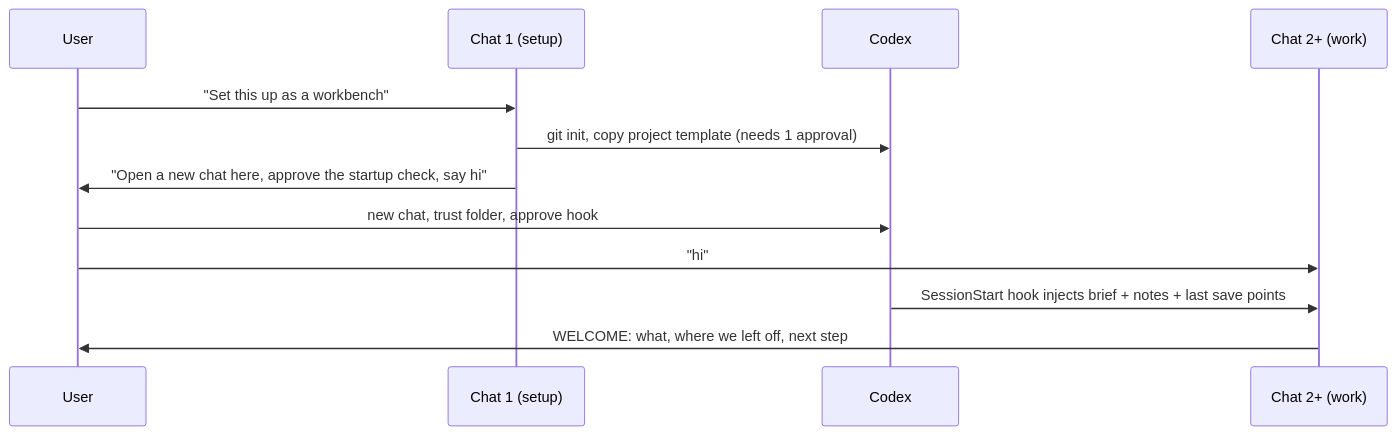
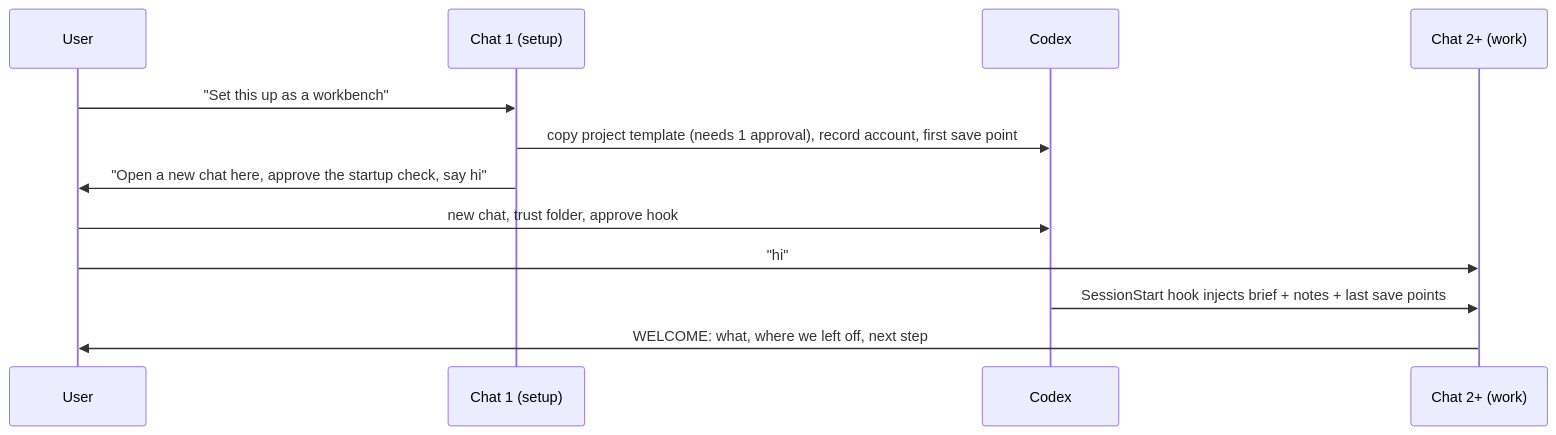
The diagram in research/07-codex-host.md (ahrzb/workbench), drawn with Mermaid before and after one commit. The commit also changed other lines of this file and 23 other files, not shown here.

Commit message:
Workbench: final review fixes (explicit-list save points, identity-bound account gate incl. keyring path, stable tool data id), notes synced, README status

````diff
--- a/research/07-codex-host.md
+++ b/research/07-codex-host.md
@@ -14,14 +14,14 @@
 ```mermaid
 sequenceDiagram
   participant User
   participant Setup as Chat 1 (setup)
   participant Codex
   participant Work as Chat 2+ (work)
   User->>Setup: "Set this up as a workbench"
-  Setup->>Codex: git init, copy project template (needs 1 approval)
+  Setup->>Codex: copy project template (needs 1 approval), record account, first save point
   Setup->>User: "Open a new chat here, approve the startup check, say hi"
   User->>Codex: new chat, trust folder, approve hook
   User->>Work: "hi"
   Codex->>Work: SessionStart hook injects brief + notes + last save points
   Work->>User: WELCOME: what, where we left off, next step
 ```
````
